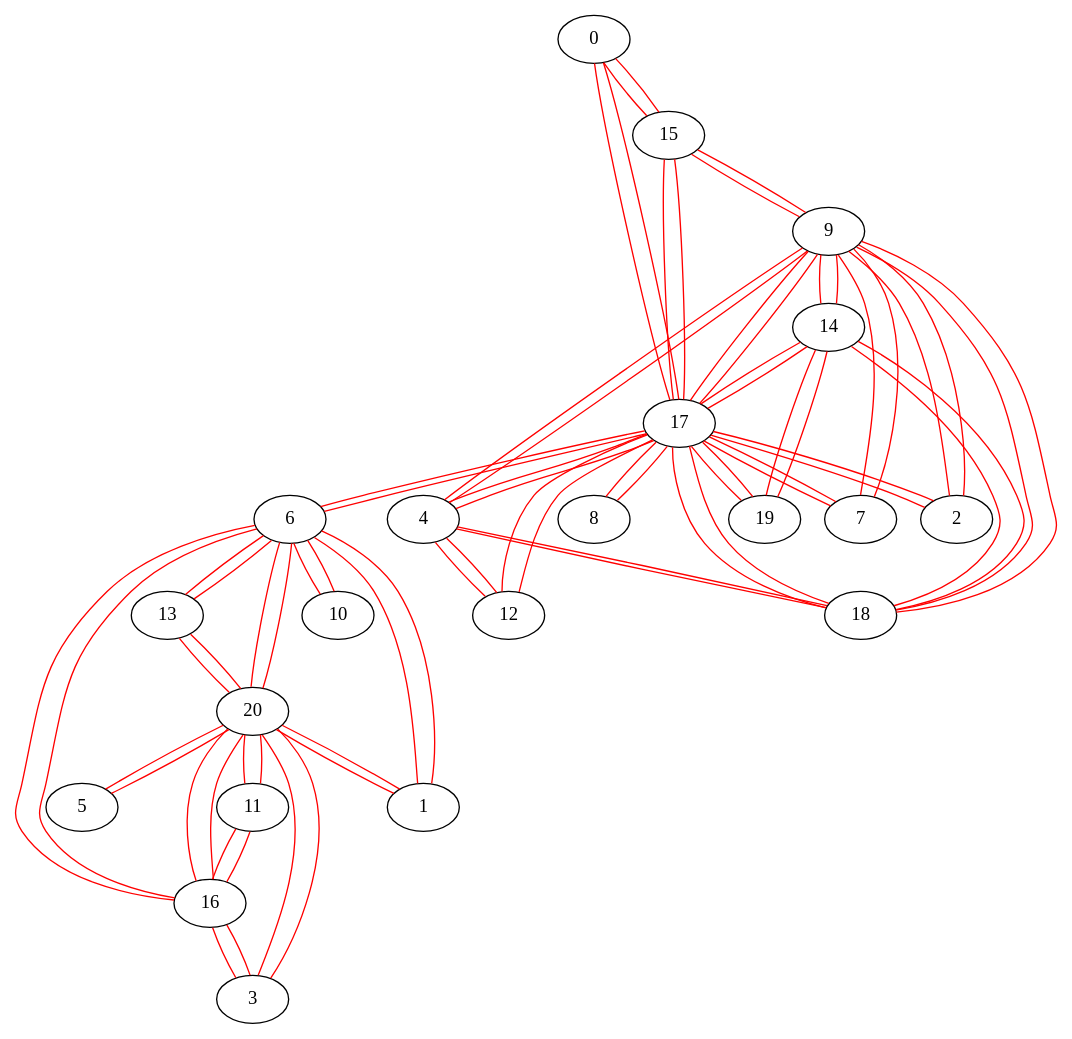
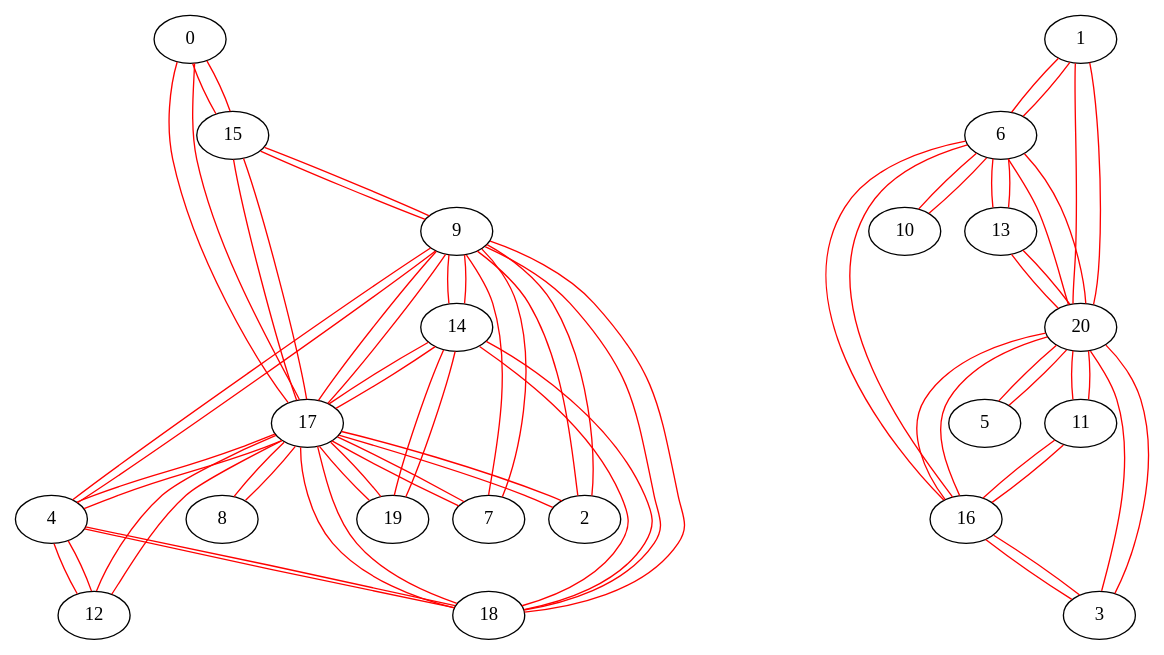
One commit to FantaApps/OPTKIT changed the diagram in QA/unittest/CSR/csr_reconstruct1.dot. Above: the diagram before and after it, drawn with Graphviz. The commit also changed 2 other files, not shown here.

```diff
--- a/QA/unittest/CSR/csr_reconstruct1.dot
+++ b/QA/unittest/CSR/csr_reconstruct1.dot
@@ -1,74 +1,72 @@
 graph{
 0 -- 15 [color=red];
 0 -- 17 [color=red];
 1 -- 6 [color=red];
 1 -- 20 [color=red];
 2 -- 9 [color=red];
 2 -- 17 [color=red];
 3 -- 16 [color=red];
 3 -- 20 [color=red];
 4 -- 9 [color=red];
 4 -- 12 [color=red];
 4 -- 17 [color=red];
 4 -- 18 [color=red];
 5 -- 20 [color=red];
 6 -- 1 [color=red];
 6 -- 10 [color=red];
 6 -- 13 [color=red];
 6 -- 16 [color=red];
-6 -- 17 [color=red];
 6 -- 20 [color=red];
 7 -- 9 [color=red];
 7 -- 17 [color=red];
 8 -- 17 [color=red];
 9 -- 2 [color=red];
 9 -- 4 [color=red];
 9 -- 7 [color=red];
 9 -- 14 [color=red];
 9 -- 15 [color=red];
 9 -- 17 [color=red];
 9 -- 18 [color=red];
 10 -- 6 [color=red];
 11 -- 16 [color=red];
 11 -- 20 [color=red];
 12 -- 4 [color=red];
 12 -- 17 [color=red];
 13 -- 6 [color=red];
 13 -- 20 [color=red];
 14 -- 9 [color=red];
 14 -- 17 [color=red];
 14 -- 18 [color=red];
 14 -- 19 [color=red];
 15 -- 0 [color=red];
 15 -- 9 [color=red];
 15 -- 17 [color=red];
 16 -- 3 [color=red];
 16 -- 6 [color=red];
 16 -- 11 [color=red];
 16 -- 20 [color=red];
 17 -- 0 [color=red];
 17 -- 2 [color=red];
 17 -- 4 [color=red];
-17 -- 6 [color=red];
 17 -- 7 [color=red];
 17 -- 8 [color=red];
 17 -- 9 [color=red];
 17 -- 12 [color=red];
 17 -- 14 [color=red];
 17 -- 15 [color=red];
 17 -- 18 [color=red];
 17 -- 19 [color=red];
 18 -- 4 [color=red];
 18 -- 9 [color=red];
 18 -- 14 [color=red];
 18 -- 17 [color=red];
 19 -- 14 [color=red];
 19 -- 17 [color=red];
 20 -- 1 [color=red];
 20 -- 3 [color=red];
 20 -- 5 [color=red];
 20 -- 6 [color=red];
 20 -- 11 [color=red];
 20 -- 13 [color=red];
 20 -- 16 [color=red];
 }
```
